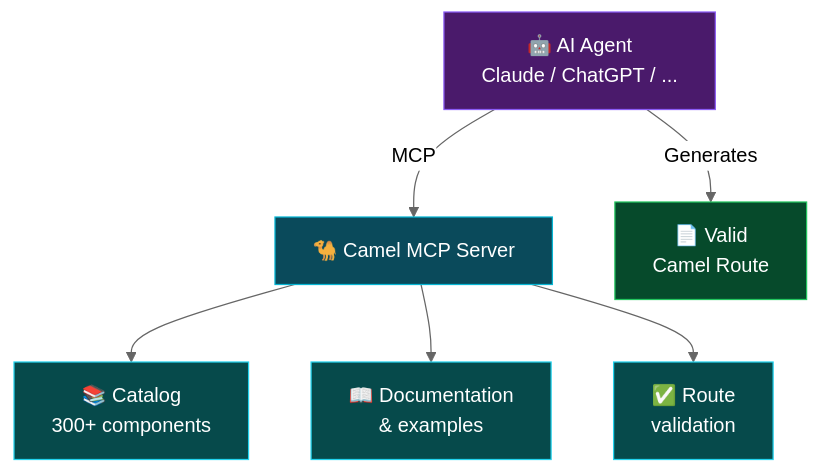
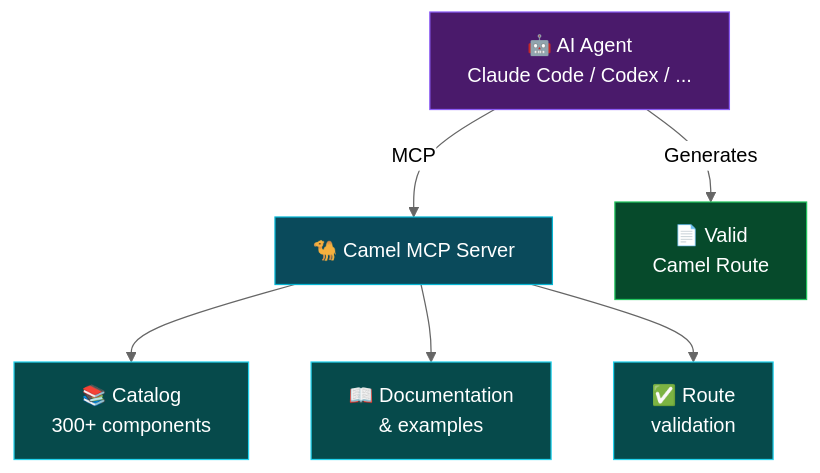
Before and after one commit to zbendhiba/slides: the fourth of 6 diagrams in talk-intelligent-integration-2026-en/slides.md, drawn with Mermaid (neutral theme). The commit also changed 1 other file, not shown here.

Commit message:
Update AI agent labels to Claude Code / Codex in MCP diagram

````diff
--- a/talk-intelligent-integration-2026-en/slides.md
+++ b/talk-intelligent-integration-2026-en/slides.md
@@ -456,15 +456,15 @@
 ```mermaid {scale: 0.65}
 graph TD
-    AI[🤖 AI Agent<br>Claude / ChatGPT / ...] -->|MCP| CS[🐪 Camel MCP Server]
+    AI[🤖 AI Agent<br>Claude Code / Codex / ...] -->|MCP| CS[🐪 Camel MCP Server]
     CS --> CAT[📚 Catalog<br>300+ components]
     CS --> DOC[📖 Documentation<br>& examples]
     CS --> VAL[✅ Route<br>validation]
     AI -->|Generates| R[📄 Valid<br>Camel Route]
     
     style AI fill:#4a1a6b,stroke:#8b5cf6,color:#fff
     style CS fill:#0a4a5b,stroke:#06b6d4,color:#fff
     style CAT fill:#064a4b,stroke:#22d3ee,color:#fff
     style DOC fill:#064a4b,stroke:#22d3ee,color:#fff
     style VAL fill:#064a4b,stroke:#22d3ee,color:#fff
     style R fill:#064a2b,stroke:#22c55e,color:#fff
 ```
````
